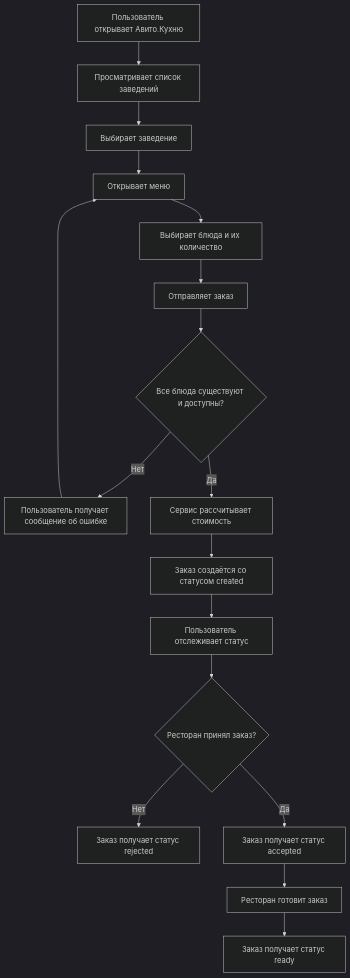
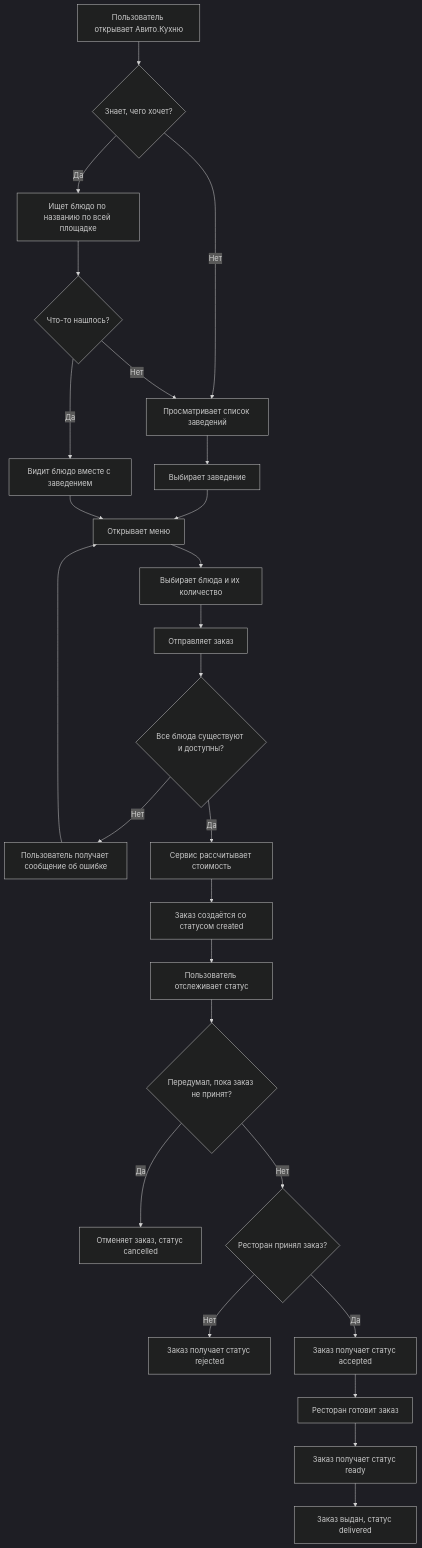
The diagram in docs/diagrams/user-cjm.md (rupchella/avito-kitchen-test-task), drawn with Mermaid (dark theme) before and after one commit. The commit also changed other lines of this file and 24 other files, not shown here.

````diff
--- a/docs/diagrams/user-cjm.md
+++ b/docs/diagrams/user-cjm.md
@@ -6,22 +6,36 @@
 ```mermaid
 flowchart TD
-    A["Пользователь открывает Авито.Кухню"] --> B["Просматривает список заведений"]
-    B --> C["Выбирает заведение"]
-    C --> D["Открывает меню"]
-    D --> E["Выбирает блюда и их количество"]
-    E --> F["Отправляет заказ"]
+    A["Пользователь открывает Авито.Кухню"] --> B{"Знает, чего хочет?"}
+
+    B -- "Нет" --> C["Просматривает список заведений"]
+    C --> D["Выбирает заведение"]
+    D --> E["Открывает меню"]
+
+    B -- "Да" --> S["Ищет блюдо по названию по всей площадке"]
+    S --> T{"Что-то нашлось?"}
+    T -- "Нет" --> C
+    T -- "Да" --> U["Видит блюдо вместе с заведением"]
+    U --> E
+
+    E --> E2["Выбирает блюда и их количество"]
+    E2 --> F["Отправляет заказ"]
     F --> G{"Все блюда существуют и доступны?"}
 
     G -- "Нет" --> H["Пользователь получает сообщение об ошибке"]
-    H --> D
+    H --> E
 
     G -- "Да" --> I["Сервис рассчитывает стоимость"]
     I --> J["Заказ создаётся со статусом created"]
     J --> K["Пользователь отслеживает статус"]
-    K --> L{"Ресторан принял заказ?"}
+    K --> Q{"Передумал, пока заказ не принят?"}
+
+    Q -- "Да" --> R["Отменяет заказ, статус cancelled"]
+
+    Q -- "Нет" --> L{"Ресторан принял заказ?"}
 
     L -- "Нет" --> M["Заказ получает статус rejected"]
     L -- "Да" --> N["Заказ получает статус accepted"]
     N --> O["Ресторан готовит заказ"]
     O --> P["Заказ получает статус ready"]
+    P --> V["Заказ выдан, статус delivered"]
 ```
````
